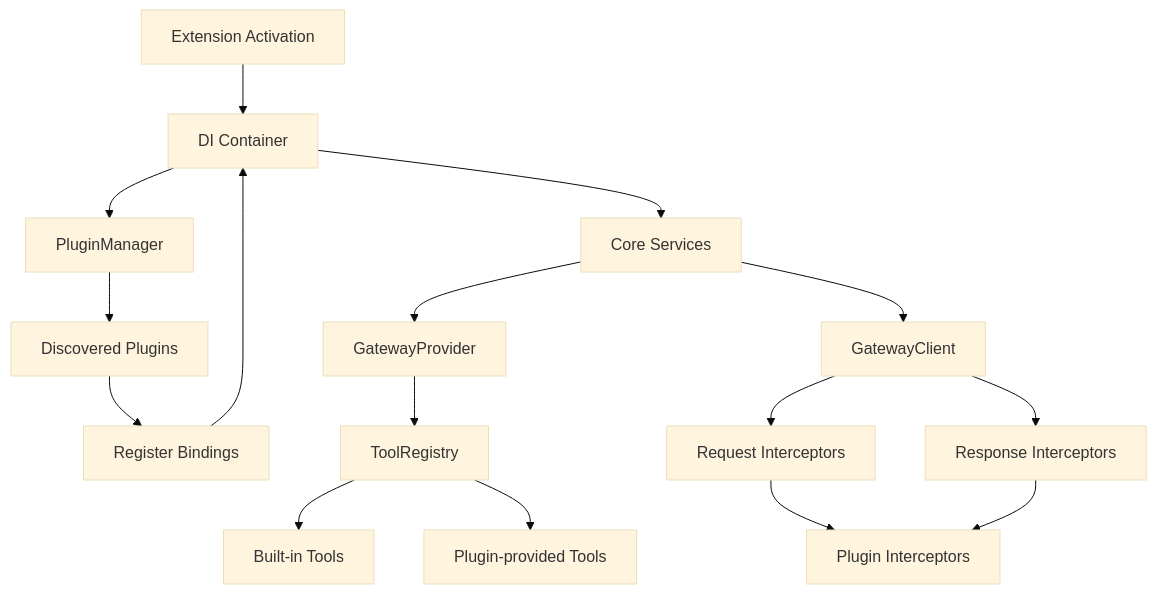
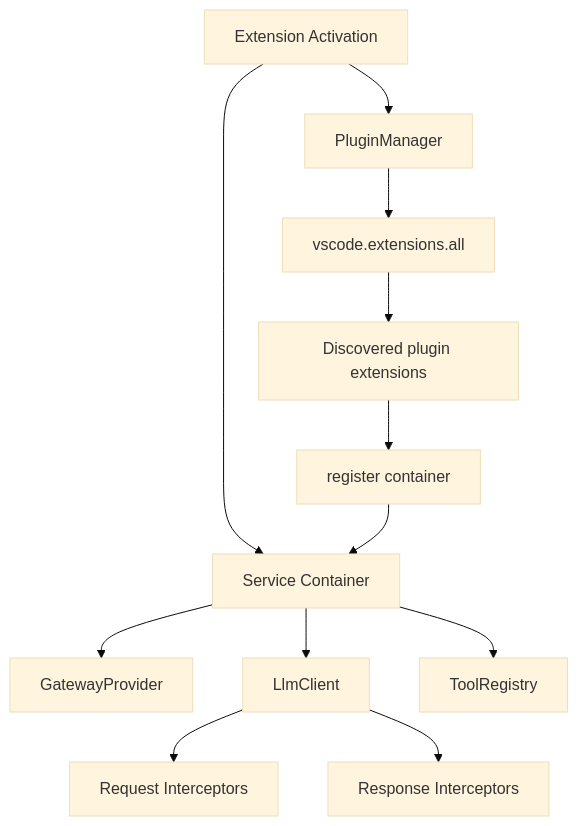
Before and after one commit to fmuntean/private-model-provider: the diagram in docs/PLUGIN_ARCHITECTURE.md, drawn with Mermaid (base theme). The commit also changed other lines of this file and 13 other files, not shown here.

````diff
--- a/docs/PLUGIN_ARCHITECTURE.md
+++ b/docs/PLUGIN_ARCHITECTURE.md
@@ -34,18 +47,14 @@
 ```mermaid
-graph TD
-    A[Extension Activation] --> B[DI Container]
-    B --> C[Core Services]
-    C --> D[GatewayProvider]
-    C --> E[GatewayClient]
-    B --> F[PluginManager]
-    F --> G[Discovered Plugins]
-    G --> H[Register Bindings]
-    H --> B
-    D --> I[ToolRegistry]
-    I --> J[Built‑in Tools]
-    I --> K[Plugin‑provided Tools]
-    E --> L[Request Interceptors]
-    E --> M[Response Interceptors]
-    L --> N[Plugin Interceptors]
-    M --> N
+flowchart TD
+    EXT[Extension Activation] --> CONTAINER[Service Container]
+    EXT --> PM[PluginManager]
+    PM --> VS[vscode.extensions.all]
+    VS --> PLUGINS[Discovered plugin extensions]
+    PLUGINS --> REGISTER[register container]
+    REGISTER --> CONTAINER
+    CONTAINER --> PROVIDER[GatewayProvider]
+    CONTAINER --> CLIENT[LlmClient]
+    CONTAINER --> TOOLS[ToolRegistry]
+    CLIENT --> REQ[Request Interceptors]
+    CLIENT --> RES[Response Interceptors]
 ```
````
